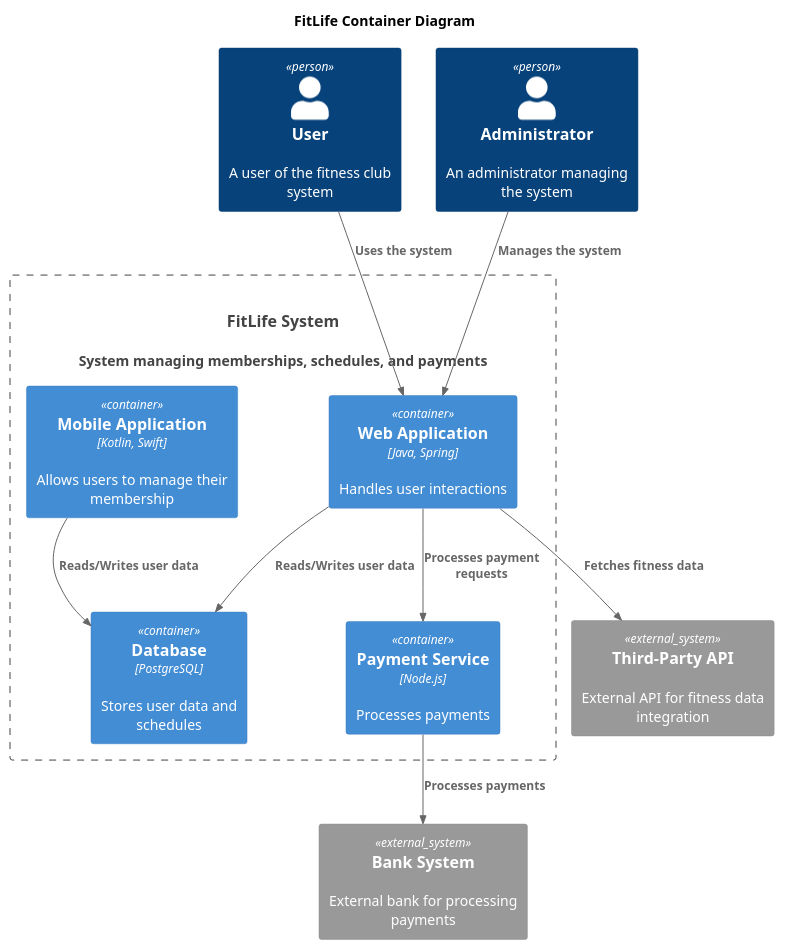
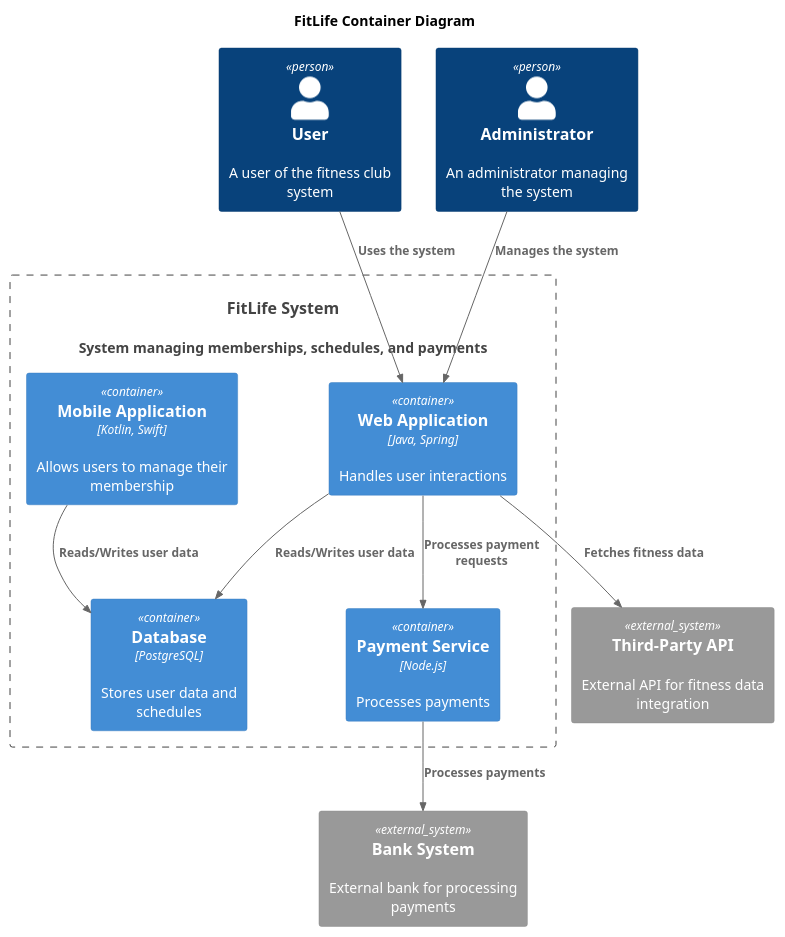
One commit to maxoness/lab-works changed the diagram in sprint-3/lab1-plantuml-c4/diagrams/container/Container.puml. Above: the diagram before and after it, drawn with PlantUML. The commit also changed 1 other file, not shown here.

```diff
--- a/sprint-3/lab1-plantuml-c4/diagrams/container/Container.puml
+++ b/sprint-3/lab1-plantuml-c4/diagrams/container/Container.puml
@@ -1,32 +1,29 @@
 @startuml
 title FitLife Container Diagram
 
 top to bottom direction
 
-!include ../C4.puml
-!include ../C4_Context.puml
-!include ../C4_Container.puml
-!include ../C4_Component.puml
+!include <C4/C4_Container>
 
 Person(user, "User", "A user of the fitness club system")
 Person(admin, "Administrator", "An administrator managing the system")
 System(FitLifeSystem, "FitLife System", "System managing memberships, schedules, and payments")
 
 Container_Boundary(FitLifeSystem, "FitLife System") {
   Container(WebApp, "Web Application", "Java, Spring", "Handles user interactions")
   Container(MobileApp, "Mobile Application", "Kotlin, Swift", "Allows users to manage their membership")
   Container(PaymentService, "Payment Service", "Node.js", "Processes payments")
   Container(Database, "Database", "PostgreSQL", "Stores user data and schedules")
 }
 
 System_Ext(api, "Third-Party API", "External API for fitness data integration")
 System_Ext(bank, "Bank System", "External bank for processing payments")
 
 Rel(user, WebApp, "Uses the system")
 Rel(admin, WebApp,"Manages the system")
 Rel(WebApp,PaymentService,"Processes payment requests")
 Rel(PaymentService,bank,"Processes payments")
 Rel(WebApp,Database,"Reads/Writes user data")
 Rel(MobileApp,Database,"Reads/Writes user data")
 Rel(WebApp,api,"Fetches fitness data")
 @enduml
```
